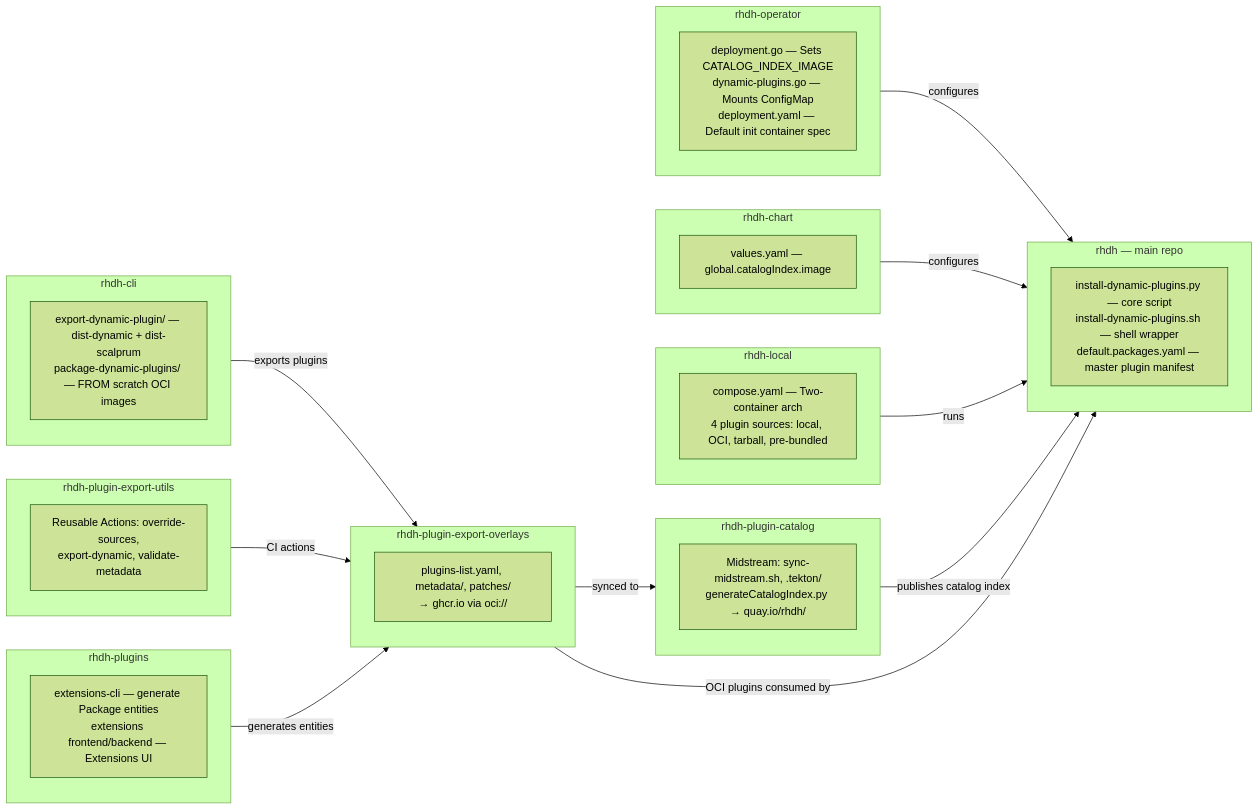
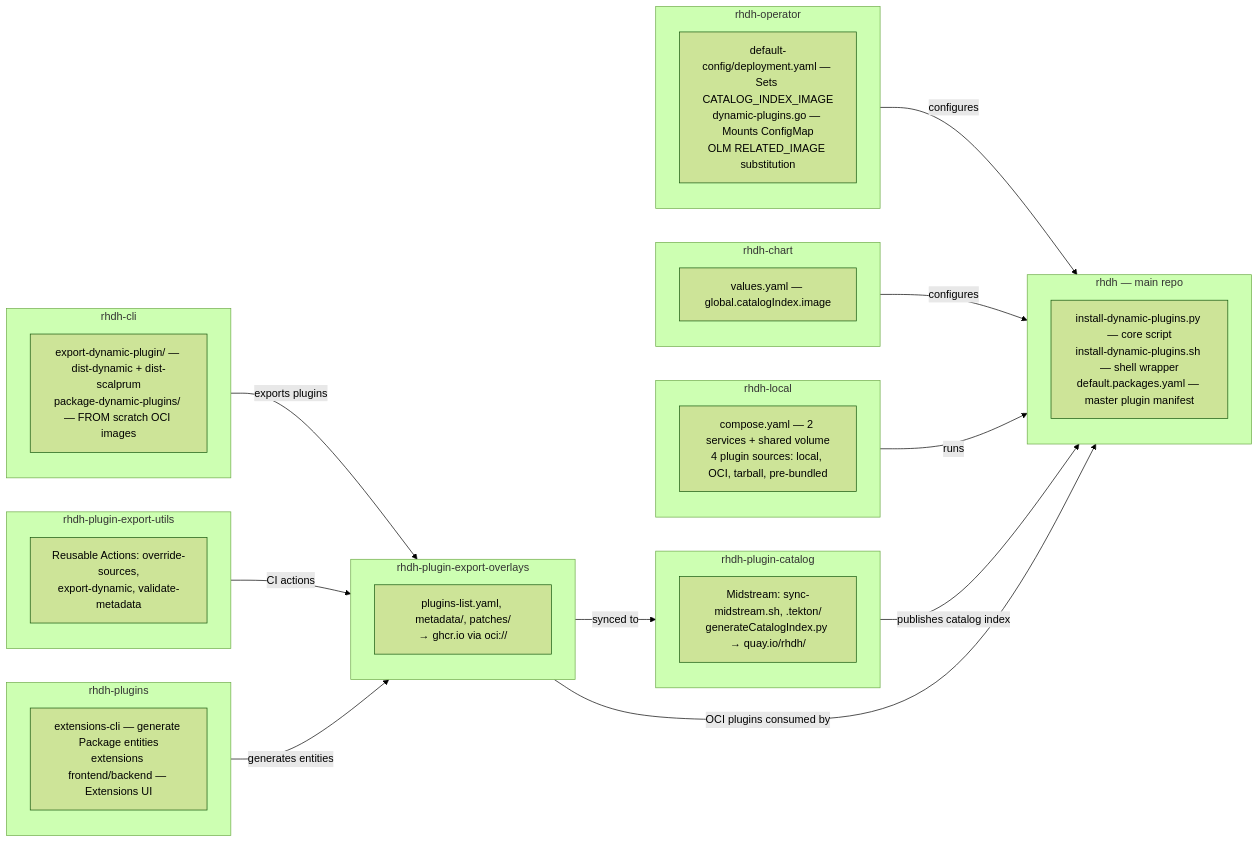
The second of 2 diagrams in docs/architecture/dynamic-plugin-loading.md (redhat-developer/rhdh), drawn with Mermaid (forest theme) before and after one commit. The commit also changed other lines of this file and 1 other file, not shown here.

First line of the commit message:
docs: refine architecture docs with operator and 1.10 corrections

````diff
--- a/docs/architecture/dynamic-plugin-loading.md
+++ b/docs/architecture/dynamic-plugin-loading.md
@@ -159,39 +159,39 @@
 ```mermaid
 flowchart LR
     subgraph rhdh["rhdh — main repo"]
         r1["install-dynamic-plugins.py — core script<br>install-dynamic-plugins.sh — shell wrapper<br>default.packages.yaml — master plugin manifest"]
     end
     subgraph operator["rhdh-operator"]
-        o1["deployment.go — Sets CATALOG_INDEX_IMAGE<br>dynamic-plugins.go — Mounts ConfigMap<br>deployment.yaml — Default init container spec"]
+        o1["default-config/deployment.yaml — Sets CATALOG_INDEX_IMAGE<br>dynamic-plugins.go — Mounts ConfigMap<br>OLM RELATED_IMAGE substitution"]
     end
     subgraph chart["rhdh-chart"]
         c1["values.yaml — global.catalogIndex.image"]
     end
     subgraph local["rhdh-local"]
-        l1["compose.yaml — Two-container arch<br>4 plugin sources: local, OCI, tarball, pre-bundled"]
+        l1["compose.yaml — 2 services + shared volume<br>4 plugin sources: local, OCI, tarball, pre-bundled"]
     end
     subgraph cli["rhdh-cli"]
         cl1["export-dynamic-plugin/ — dist-dynamic + dist-scalprum<br>package-dynamic-plugins/ — FROM scratch OCI images"]
     end
     subgraph overlays["rhdh-plugin-export-overlays"]
         ov1["plugins-list.yaml, metadata/, patches/<br>→ ghcr.io via oci://"]
     end
     subgraph catalog["rhdh-plugin-catalog"]
         cat1["Midstream: sync-midstream.sh, .tekton/<br>generateCatalogIndex.py → quay.io/rhdh/"]
     end
     subgraph plugins["rhdh-plugins"]
         pl1["extensions-cli — generate Package entities<br>extensions frontend/backend — Extensions UI"]
     end
     subgraph utils["rhdh-plugin-export-utils"]
         ut1["Reusable Actions: override-sources,<br>export-dynamic, validate-metadata"]
     end
     operator -->|configures| rhdh
     chart -->|configures| rhdh
     local -->|runs| rhdh
     cli -->|exports plugins| overlays
     utils -->|CI actions| overlays
     overlays -->|synced to| catalog
     catalog -->|publishes catalog index| rhdh
     plugins -->|generates entities| overlays
     overlays -->|OCI plugins consumed by| rhdh
 ```
````
